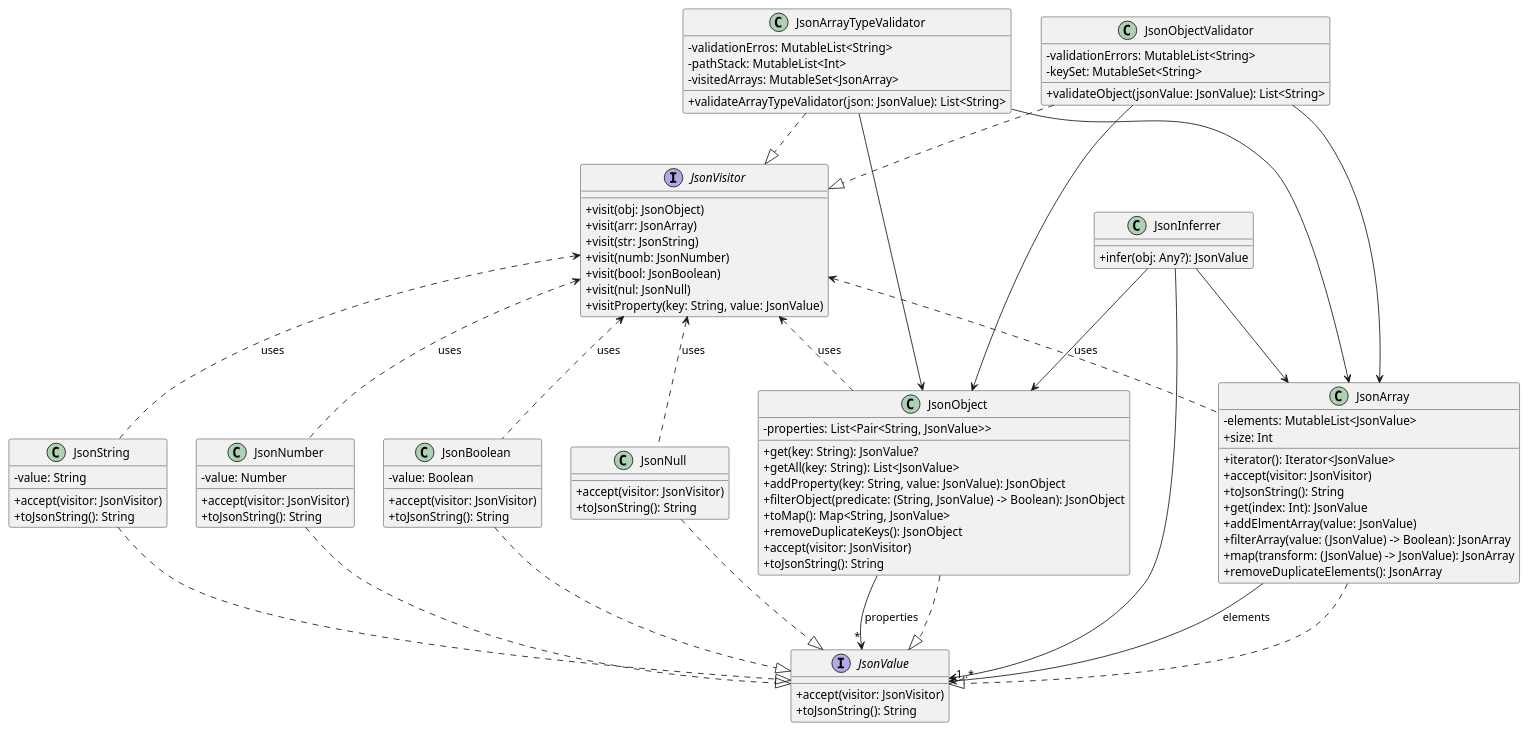
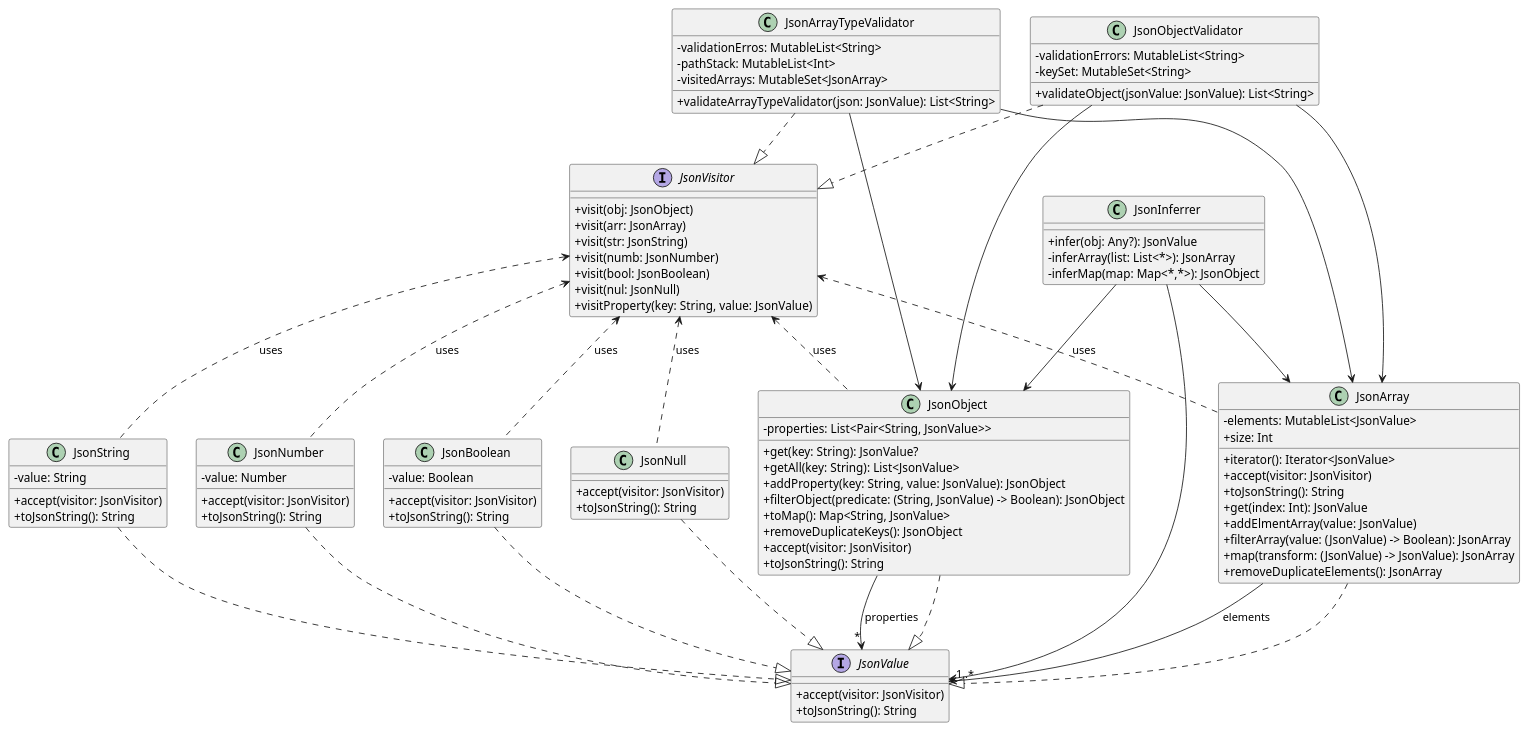
One commit to JNSD123/fromJson changed the diagram in diagram.puml. Above: the diagram before and after it, drawn with PlantUML. The commit also changed 87 other files, not shown here.

```diff
--- a/diagram.puml
+++ b/diagram.puml
@@ -1,115 +1,117 @@
 @startuml
 skinparam classAttributeIconSize 0
 
 interface JsonValue {
     +accept(visitor: JsonVisitor)
     +toJsonString(): String
 }
 
 class JsonArray {
     - elements: MutableList<JsonValue>
     +iterator(): Iterator<JsonValue>
     +accept(visitor: JsonVisitor)
     +toJsonString(): String
     +get(index: Int): JsonValue
     +addElmentArray(value: JsonValue)
     +size: Int
     +filterArray(value: (JsonValue) -> Boolean): JsonArray
     +map(transform: (JsonValue) -> JsonValue): JsonArray
     +removeDuplicateElements(): JsonArray
 }
 
 class JsonObject {
     - properties: List<Pair<String, JsonValue>>
     +get(key: String): JsonValue?
     +getAll(key: String): List<JsonValue>
     +addProperty(key: String, value: JsonValue): JsonObject
     +filterObject(predicate: (String, JsonValue) -> Boolean): JsonObject
     +toMap(): Map<String, JsonValue>
     +removeDuplicateKeys(): JsonObject
     +accept(visitor: JsonVisitor)
     +toJsonString(): String
 }
 
 class JsonString {
     - value: String
     +accept(visitor: JsonVisitor)
     +toJsonString(): String
 }
 
 class JsonNumber{
     - value: Number
     + accept(visitor: JsonVisitor)
     + toJsonString(): String
 }
 class JsonBoolean{
     - value: Boolean
     + accept(visitor: JsonVisitor)
     + toJsonString(): String
 }
 class JsonNull{
     + accept(visitor: JsonVisitor)
     + toJsonString(): String
 }
 
 interface JsonVisitor {
-    +visit(obj: JsonObject)
-    +visit(arr: JsonArray)
-    +visit(str: JsonString)
-    +visit(numb: JsonNumber)
-    +visit(bool: JsonBoolean)
-    +visit(nul: JsonNull)
-    +visitProperty(key: String, value: JsonValue)
+    + visit(obj: JsonObject)
+    + visit(arr: JsonArray)
+    + visit(str: JsonString)
+    + visit(numb: JsonNumber)
+    + visit(bool: JsonBoolean)
+    + visit(nul: JsonNull)
+    + visitProperty(key: String, value: JsonValue)
 }
 
 class JsonInferrer {
-    +infer(obj: Any?): JsonValue
+    + infer(obj: Any?): JsonValue
+    - inferArray(list: List<*>): JsonArray
+    - inferMap(map: Map<*,*>): JsonObject
 }
 
 class JsonArrayTypeValidator {
     - validationErros: MutableList<String>
     - pathStack: MutableList<Int>
     - visitedArrays: MutableSet<JsonArray>
     + validateArrayTypeValidator(json: JsonValue): List<String>
 }
 
 class JsonObjectValidator {
     - validationErrors: MutableList<String>
     - keySet: MutableSet<String>
     + validateObject(jsonValue: JsonValue): List<String>
 }
 
 
 
 ' Relações
 JsonArray ..|> JsonValue
 JsonObject ..|> JsonValue
 JsonString ..|> JsonValue
 JsonNumber ..|> JsonValue
 JsonBoolean ..|> JsonValue
 JsonNull ..|> JsonValue
 
 JsonArray --> "1..*" JsonValue : elements
 JsonObject --> "*" JsonValue : properties
 JsonVisitor <.. JsonArray : uses
 JsonVisitor <.. JsonObject : uses
 JsonVisitor <.. JsonString : uses
 JsonVisitor <.. JsonNumber : uses
 JsonVisitor <.. JsonBoolean : uses
 JsonVisitor <.. JsonNull : uses
 
 
 
 JsonArrayTypeValidator ..|> JsonVisitor
 JsonObjectValidator ..|> JsonVisitor
 
 JsonArrayTypeValidator --> JsonArray
 JsonArrayTypeValidator --> JsonObject
 JsonObjectValidator --> JsonObject
 JsonObjectValidator --> JsonArray
 
 JsonInferrer --> JsonObject
 JsonInferrer --> JsonArray
 JsonInferrer --> JsonValue
 
 @enduml
```
